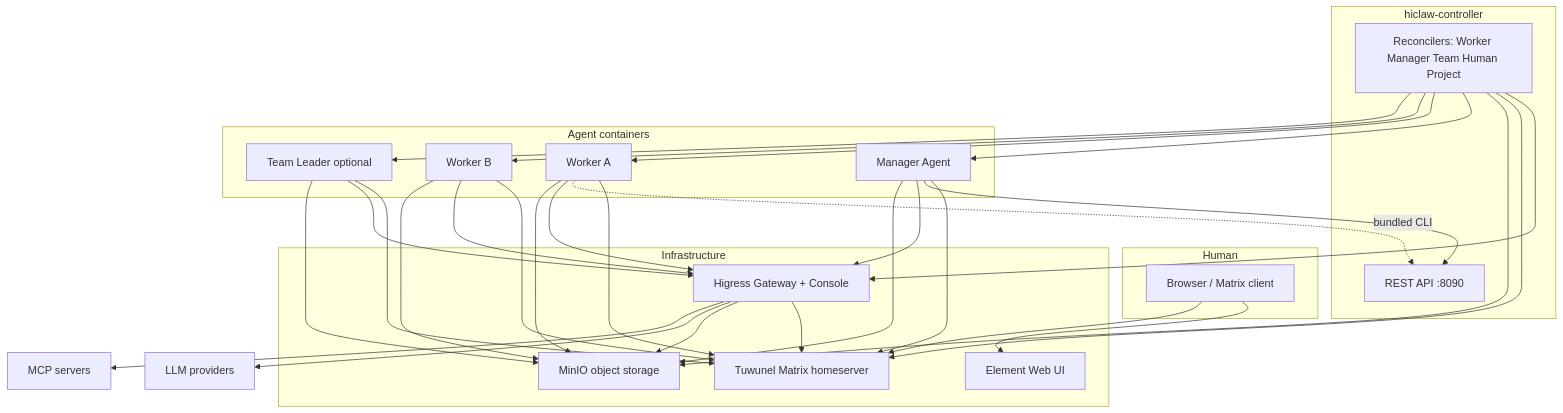
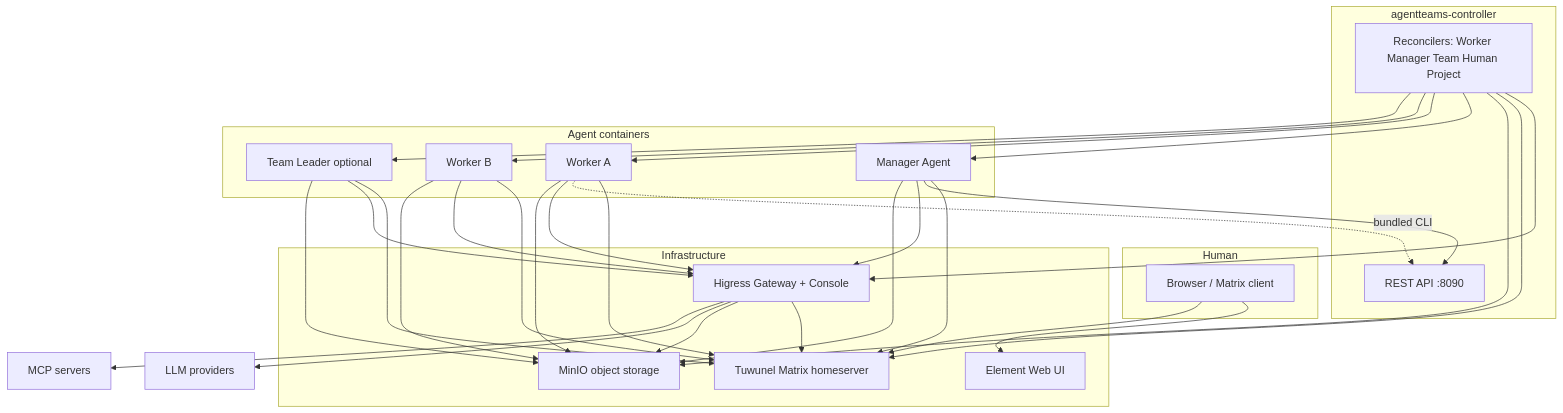
Before and after one commit to nattiini45/AgentTeams: the diagram in openwiki/architecture/overview.md, drawn with Mermaid. The commit also changed other lines of this file and 974 other files, not shown here.

````diff
--- a/openwiki/architecture/overview.md
+++ b/openwiki/architecture/overview.md
@@ -15,60 +15,60 @@
 ```mermaid
 flowchart TB
   subgraph Human["Human"]
     B[Browser / Matrix client]
   end
 
   subgraph Infra["Infrastructure"]
     HG[Higress Gateway + Console]
     TW[Tuwunel Matrix homeserver]
     MO[MinIO object storage]
     EW[Element Web UI]
   end
 
-  subgraph Control["hiclaw-controller"]
+  subgraph Control["agentteams-controller"]
     API[REST API :8090]
     REC[Reconcilers: Worker Manager Team Human Project]
   end
 
   subgraph Agents["Agent containers"]
     M[Manager Agent]
     W1[Worker A]
     W2[Worker B]
     TL[Team Leader optional]
   end
 
   LLM[LLM providers]
   MCP[MCP servers]
 
   B --> EW
   B --> TW
   M --> TW
   W1 --> TW
   W2 --> TW
   TL --> TW
 
   M --> API
   W1 -.->|bundled CLI| API
   HG --> TW
   HG --> MO
   HG --> LLM
   HG --> MCP
 
   M --> HG
   W1 --> HG
   W2 --> HG
   TL --> HG
 
   M --> MO
   W1 --> MO
   W2 --> MO
   TL --> MO
 
   REC --> HG
   REC --> TW
   REC --> MO
   REC --> M
   REC --> W1
   REC --> W2
   REC --> TL
 ```
````
